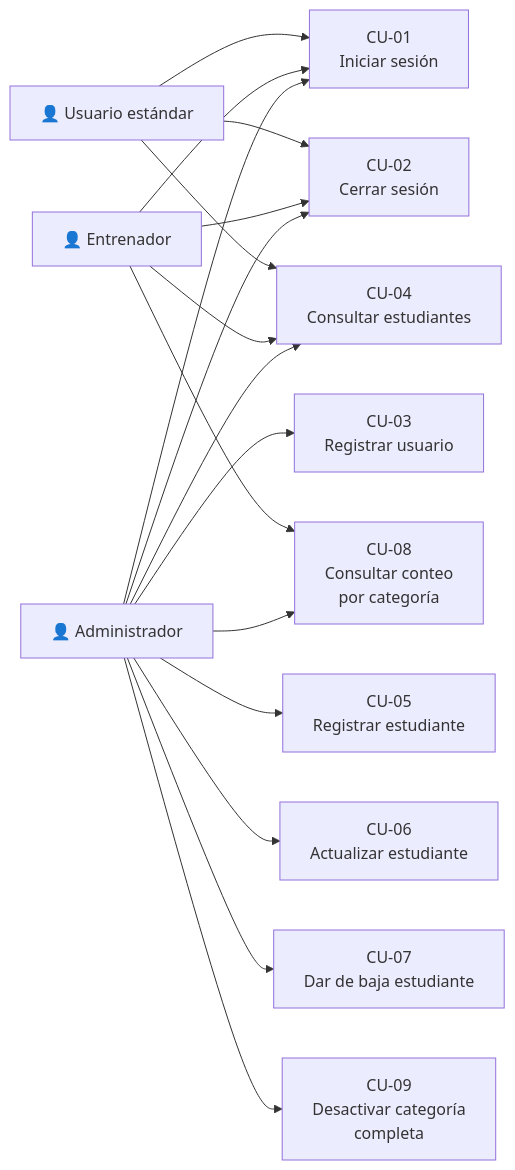
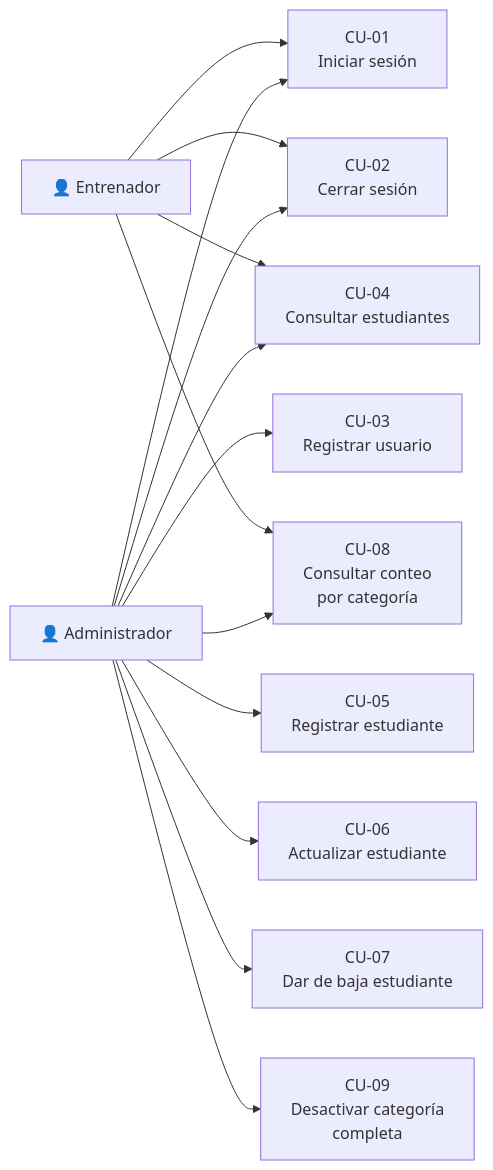
The diagram in docs/requisitos/casos-uso.md (DarwinSM21/SGED_APPWEB), drawn with Mermaid before and after one commit. The commit also changed other lines of this file and 22 other files, not shown here.

````diff
--- a/docs/requisitos/casos-uso.md
+++ b/docs/requisitos/casos-uso.md
@@ -14,35 +14,30 @@
 ```mermaid
 graph LR
     ADMIN["👤 Administrador"]
     ENTR["👤 Entrenador"]
-    USER["👤 Usuario estándar"]
 
     CU01["CU-01<br/>Iniciar sesión"]
     CU02["CU-02<br/>Cerrar sesión"]
     CU03["CU-03<br/>Registrar usuario"]
     CU04["CU-04<br/>Consultar estudiantes"]
     CU05["CU-05<br/>Registrar estudiante"]
     CU06["CU-06<br/>Actualizar estudiante"]
     CU07["CU-07<br/>Dar de baja estudiante"]
     CU08["CU-08<br/>Consultar conteo<br/>por categoría"]
     CU09["CU-09<br/>Desactivar categoría<br/>completa"]
 
     ADMIN --> CU01
     ADMIN --> CU02
     ADMIN --> CU03
     ADMIN --> CU04
     ADMIN --> CU05
     ADMIN --> CU06
     ADMIN --> CU07
     ADMIN --> CU08
     ADMIN --> CU09
 
     ENTR --> CU01
     ENTR --> CU02
     ENTR --> CU04
     ENTR --> CU08
-
-    USER --> CU01
-    USER --> CU02
-    USER --> CU04
 ```
````
